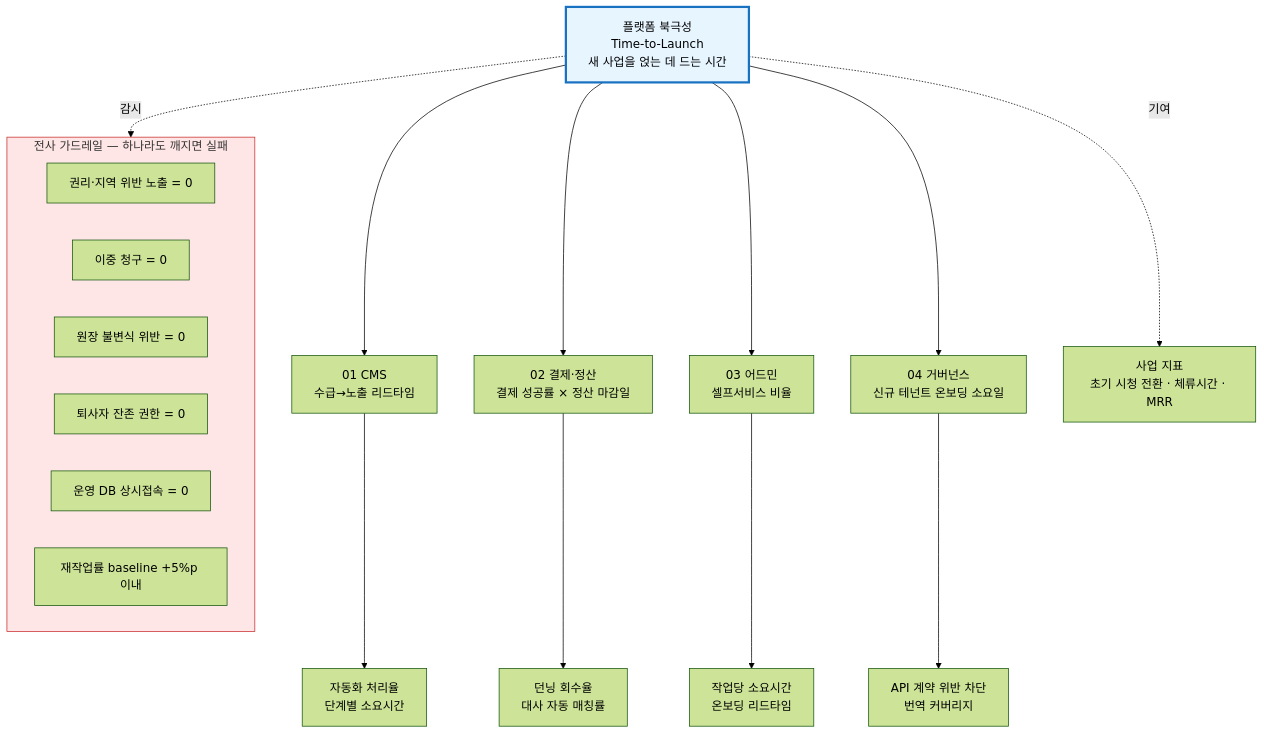
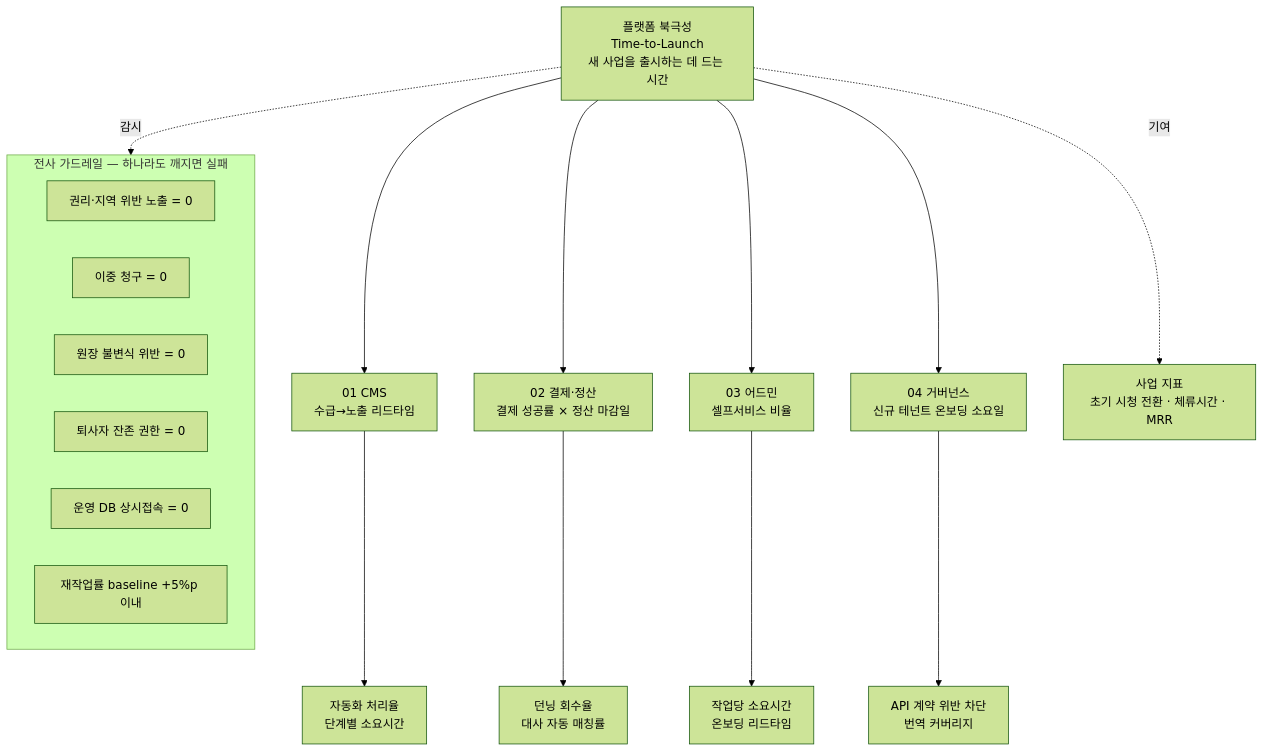
Before and after one commit to withwooyong/withwooyong.github.io: the seventh of 7 diagrams in pages/product-lead-loadmap/00_허브.md, drawn with Mermaid (forest theme). The commit also changed other lines of this file and 16 other files, not shown here.

````diff
--- a/pages/product-lead-loadmap/00_허브.md
+++ b/pages/product-lead-loadmap/00_허브.md
@@ -344,30 +377,27 @@
 ```mermaid
 flowchart TD
-    TOP["플랫폼 북극성<br/>Time-to-Launch<br/>새 사업을 얹는 데 드는 시간"]
+    TOP["플랫폼 북극성<br/>Time-to-Launch<br/>새 사업을 출시하는 데 드는 시간"]
 
     TOP --> N1["01 CMS<br/>수급→노출 리드타임"]
     TOP --> N2["02 결제·정산<br/>결제 성공률 × 정산 마감일"]
     TOP --> N3["03 어드민<br/>셀프서비스 비율"]
     TOP --> N4["04 거버넌스<br/>신규 테넌트 온보딩 소요일"]
 
     N1 --> I1["자동화 처리율<br/>단계별 소요시간"]
     N2 --> I2["던닝 회수율<br/>대사 자동 매칭률"]
     N3 --> I3["작업당 소요시간<br/>온보딩 리드타임"]
     N4 --> I4["API 계약 위반 차단<br/>번역 커버리지"]
 
     TOP -.기여.-> BIZ["사업 지표<br/>초기 시청 전환 · 체류시간 · MRR"]
 
     subgraph GR["전사 가드레일 — 하나라도 깨지면 실패"]
         X1["권리·지역 위반 노출 = 0"]
         X2["이중 청구 = 0"]
         X3["원장 불변식 위반 = 0"]
         X4["퇴사자 잔존 권한 = 0"]
         X5["운영 DB 상시접속 = 0"]
         X6["재작업률 baseline +5%p 이내"]
     end
 
     TOP -.감시.-> GR
-
-    style TOP fill:#e7f5ff,stroke:#1971c2,stroke-width:3px
-    style GR fill:#ffe6e6,stroke:#c92a2a
 ```
````
